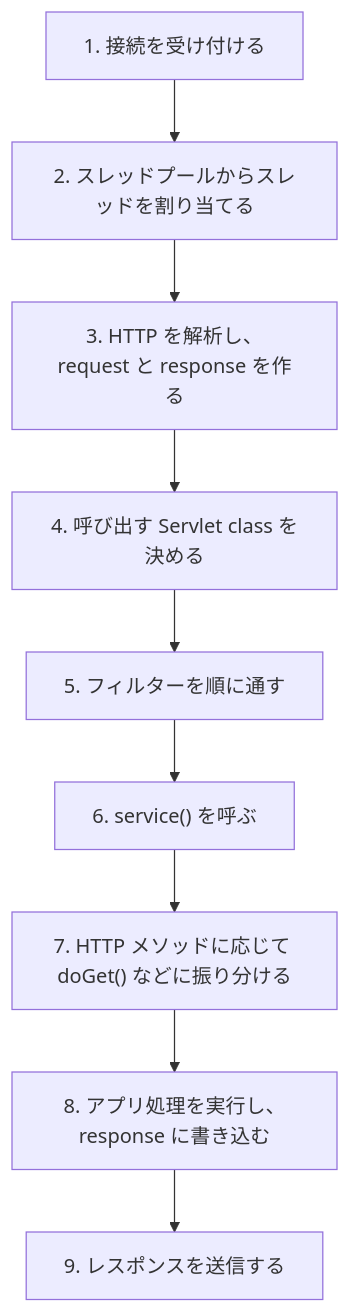
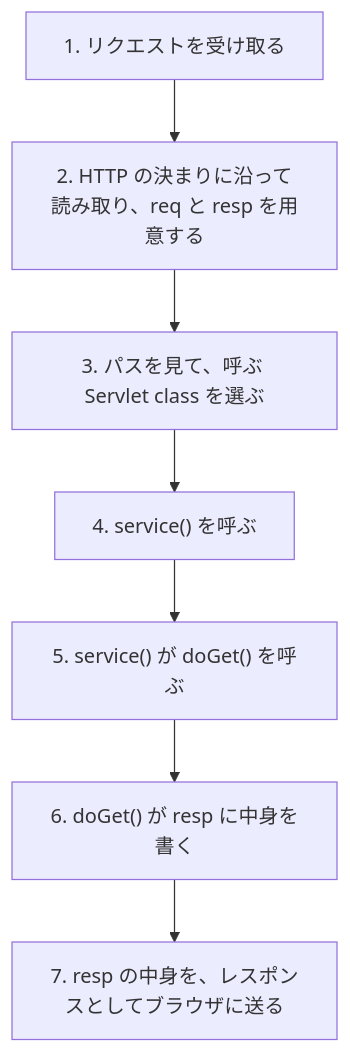
One commit to Appricot144/teaching-material changed the second of 2 diagrams in servlet/03-servlet-invocation/02-request-flow.md. Above: the diagram before and after it, drawn with Mermaid. The commit also changed other lines of this file and 3 other files, not shown here.

````diff
--- a/servlet/03-servlet-invocation/02-request-flow.md
+++ b/servlet/03-servlet-invocation/02-request-flow.md
@@ -26,13 +36,11 @@
 ```mermaid
 flowchart TB
-    S1["1. 接続を受け付ける"]
-    S2["2. スレッドプールからスレッドを割り当てる"]
-    S3["3. HTTP を解析し、request と response を作る"]
-    S4["4. 呼び出す Servlet class を決める"]
-    S5["5. フィルターを順に通す"]
-    S6["6. service() を呼ぶ"]
-    S7["7. HTTP メソッドに応じて doGet() などに振り分ける"]
-    S8["8. アプリ処理を実行し、response に書き込む"]
-    S9["9. レスポンスを送信する"]
-    S1 --> S2 --> S3 --> S4 --> S5 --> S6 --> S7 --> S8 --> S9
+    S1["1. リクエストを受け取る"]
+    S2["2. HTTP の決まりに沿って読み取り、req と resp を用意する"]
+    S3["3. パスを見て、呼ぶ Servlet class を選ぶ"]
+    S4["4. service() を呼ぶ"]
+    S5["5. service() が doGet() を呼ぶ"]
+    S6["6. doGet() が resp に中身を書く"]
+    S7["7. resp の中身を、レスポンスとしてブラウザに送る"]
+    S1 --> S2 --> S3 --> S4 --> S5 --> S6 --> S7
 ```
````
